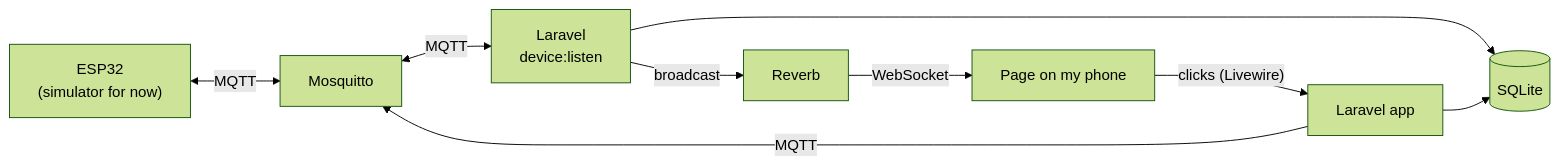
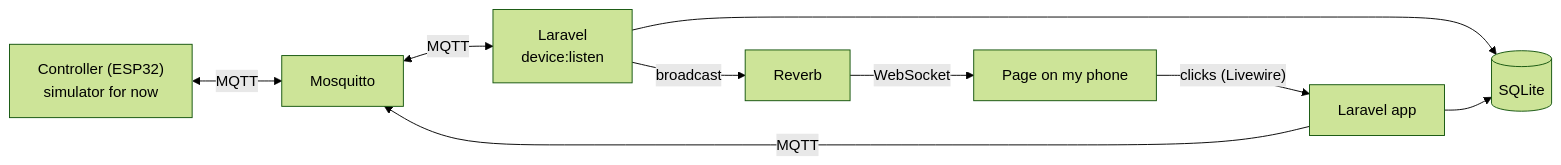
Before and after one commit to Schaulagain/water-tank-controller: the diagram in README.md, drawn with Mermaid (forest theme). The commit also changed other lines of this file and 21 other files, not shown here.

````diff
--- a/README.md
+++ b/README.md
@@ -29,11 +29,11 @@
 ```mermaid
 flowchart LR
-    device["ESP32<br/>(simulator for now)"] <-- MQTT --> broker["Mosquitto"]
+    device["Controller (ESP32)<br/>simulator for now"] <-- MQTT --> broker["Mosquitto"]
     broker <-- MQTT --> listener["Laravel<br/>device:listen"]
     listener --> db[("SQLite")]
     listener -- broadcast --> reverb["Reverb"]
     reverb -- WebSocket --> phone["Page on my phone"]
     phone -- "clicks (Livewire)" --> app["Laravel app"]
     app -- MQTT --> broker
     app --> db
 ```
````
